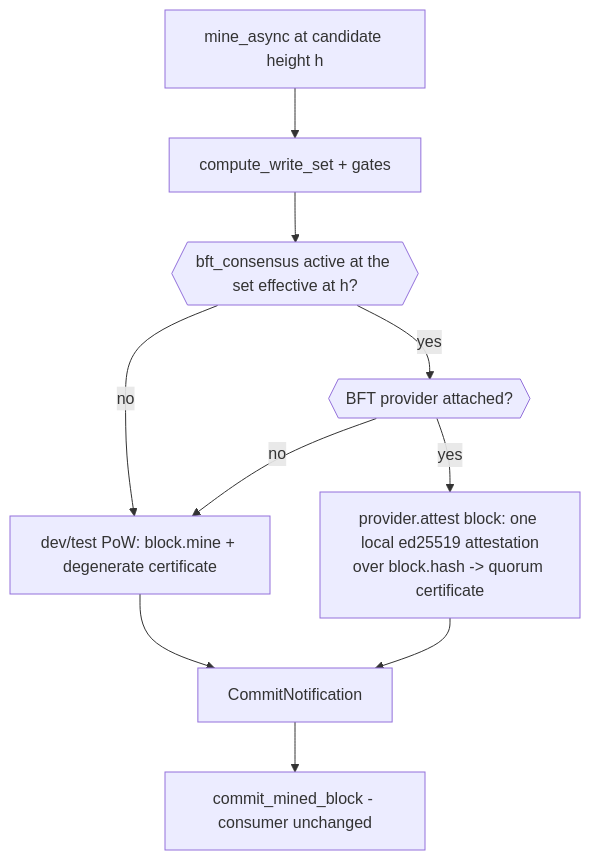
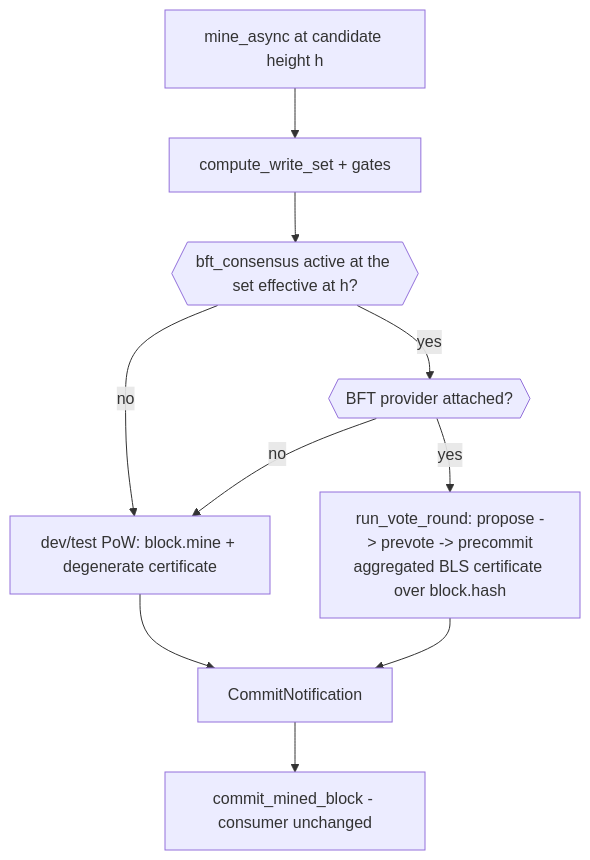
Before and after one commit to dbbvitor/GlassChain: the second of 2 diagrams in docs/consensus.md, drawn with Mermaid. The commit also changed other lines of this file and 17 other files, not shown here.

Commit message:
docs: reconcile roadmap and plan browser demo with WebGPU (#89)

````diff
--- a/docs/consensus.md
+++ b/docs/consensus.md
@@ -289,12 +349,12 @@
 ```mermaid
 flowchart TD
     H[mine_async at candidate height h] --> W[compute_write_set + gates]
     W --> G{{bft_consensus active at the set effective at h?}}
     G -- no --> P[dev/test PoW: block.mine + degenerate certificate]
     G -- yes --> A{{BFT provider attached?}}
     A -- no --> P
-    A -- yes --> B[provider.attest block: one local ed25519 attestation<br/>over block.hash -> quorum certificate]
+    A -- yes --> B[run_vote_round: propose -> prevote -> precommit<br/>aggregated BLS certificate over block.hash]
     P --> N[CommitNotification]
     B --> N
     N --> C[commit_mined_block - consumer unchanged]
 ```
````
